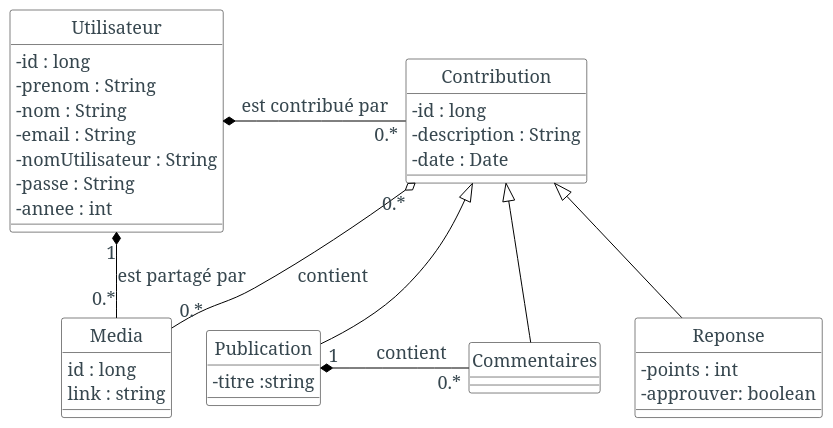
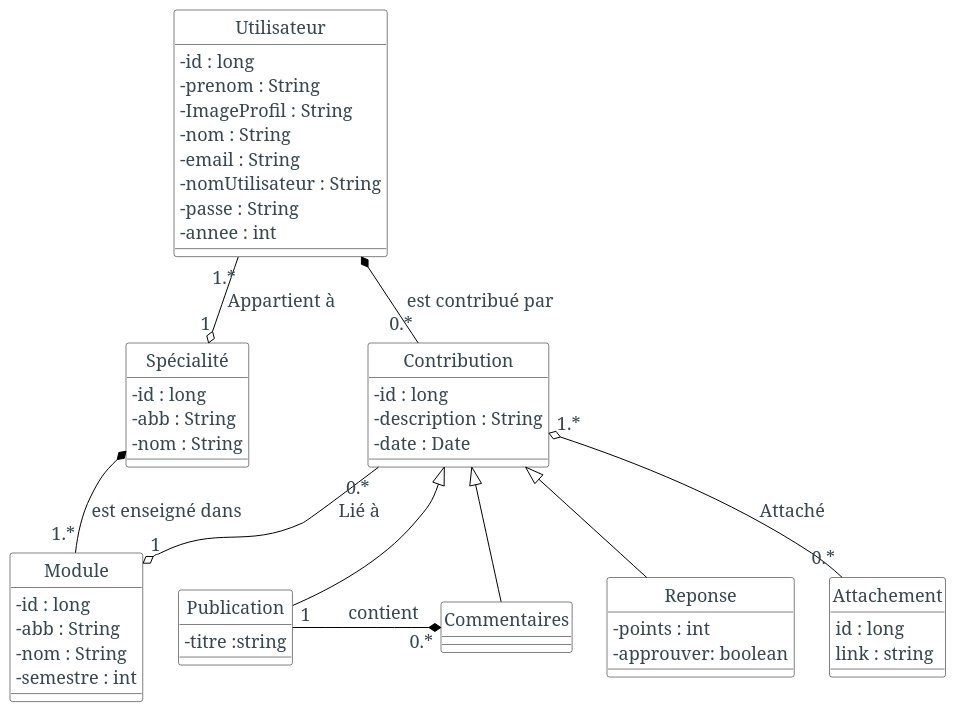
One commit to assimhabeek/memoire changed the diagram in diagrammes/src/class.puml. Above: the diagram before and after it, drawn with PlantUML. The commit also changed 7 other files, not shown here.

```diff
--- a/diagrammes/src/class.puml
+++ b/diagrammes/src/class.puml
@@ -1,55 +1,72 @@
 @startuml
-left to right direction
 skinparam backgroundColor #fff
 skinparam defaultFontColor #37474f
 skinparam defaultFontSize 18
 skinparam defaultFontName serif
 skinparam defaultFontStyle normal
 skinparam classAttributeIconSize 0
 skinparam classBackgroundColor #fff
 skinparam classBorderColor #000
 skinparam classArrowColor #000
 
 hide class circle
 
+class "Spécialité" as specialty{
+-id : long
+-abb : String
+-nom : String
+}
+class "Module" as module{
+-id : long
+-abb : String
+-nom : String
+-semestre : int
+}
+
 class  "Utilisateur"  as user{
 -id : long
 -prenom : String
+-ImageProfil : String
 -nom : String
 -email : String
 -nomUtilisateur : String
 -passe : String
 -annee : int
 }
+
+
 
 class "Contribution" as contribution {
 -id : long
 -description : String
 -date : Date
 }
 
 class "Publication" as post{
 -titre :string
 }
 
 class "Commentaires" as comments
 
 class "Reponse" as response{
 -points : int
 -approuver: boolean
 }
 
-class "Media" as media{
+class "Attachement" as media{
 id : long
 link : string
 }
 
-user  *- "0.*" contribution : est contribué par
-top to bottom direction
-user "1" *-- "0.*" media : est partagé par
-contribution "0.*" o-- "0.*" media : contient
+specialty  *-- "1.*" module : "est enseigné dans            "
+user  *-- "0.*" contribution : "  est contribué par   "
+user  "1.*" --o "1" specialty : "Appartient à"
+contribution  "0.*" --o "1" module : "Lié à     "
+
+
+contribution "1.*" o-- "0.*" media : "Attaché"
 contribution <|-- post
-contribution <|- comments
+contribution <|-- comments
 contribution <|-- response
-post "1" *- "0.*" comments :\tcontient\t
+post "1" -* "0.*" comments : \tcontient\t
 @enduml
```
